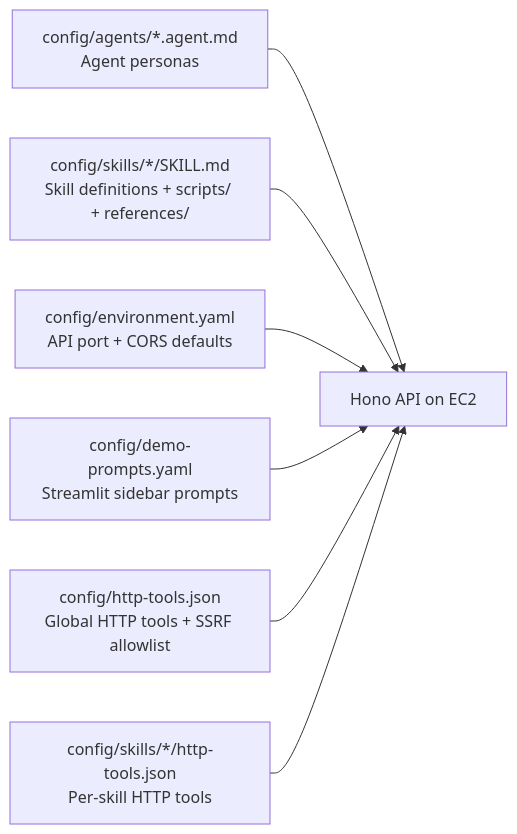
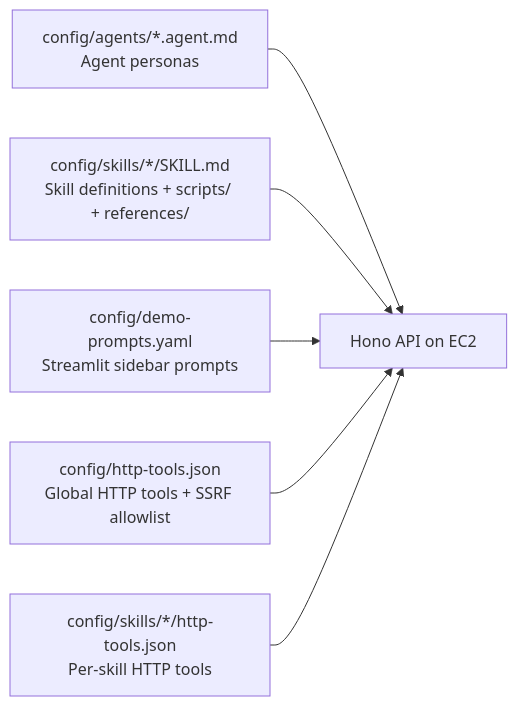
One commit to mongodb-partners/Multi-Agent-Architectural-Guidance-Bedrock-AgentCore changed the diagram in docs/configuration-guide.md. Above: the diagram before and after it, drawn with Mermaid. The commit also changed other lines of this file and 62 other files, not shown here.

````diff
--- a/docs/configuration-guide.md
+++ b/docs/configuration-guide.md
@@ -13,10 +13,9 @@
 ```mermaid
 flowchart LR
   AGENT[config/agents/*.agent.md<br/>Agent personas] --> API
   SKILL[config/skills/*/SKILL.md<br/>Skill definitions + scripts/ + references/] --> API
-  YAML[config/environment.yaml<br/>API port + CORS defaults] --> API
   DEMO[config/demo-prompts.yaml<br/>Streamlit sidebar prompts] --> API
   HTTP[config/http-tools.json<br/>Global HTTP tools + SSRF allowlist] --> API
   SHTTP[config/skills/*/http-tools.json<br/>Per-skill HTTP tools] --> API
   API[Hono API on EC2]
 ```
````
